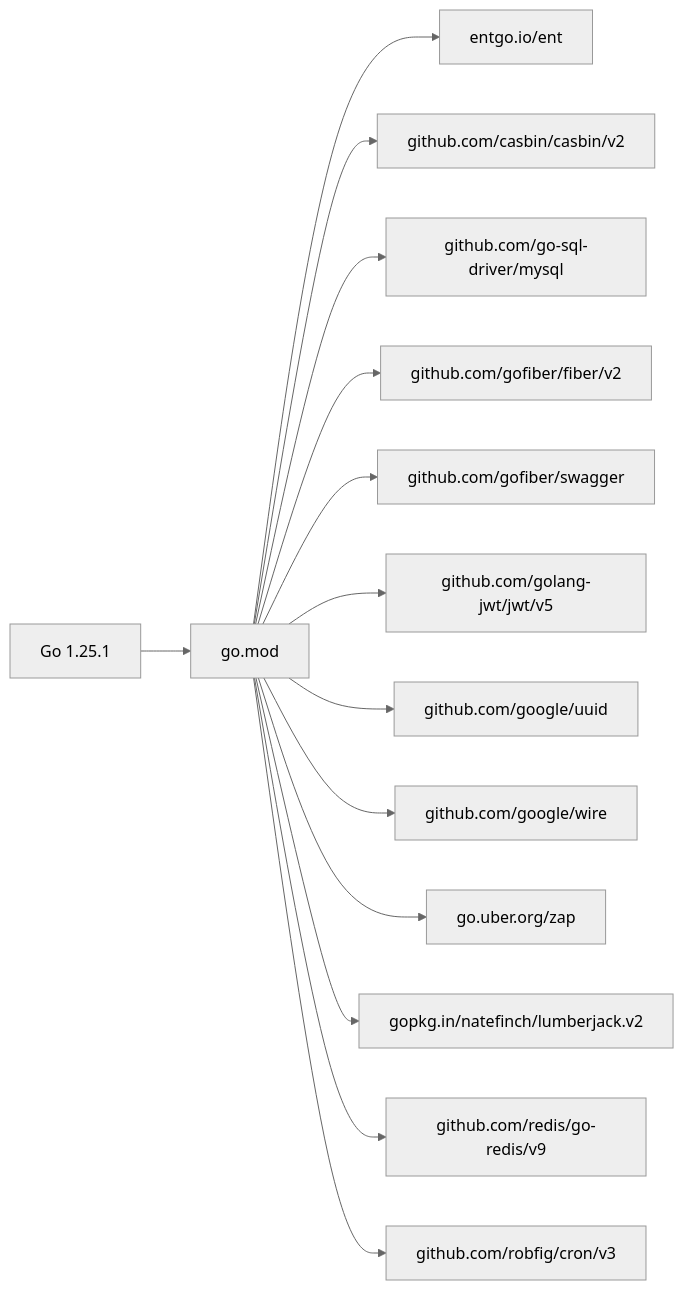
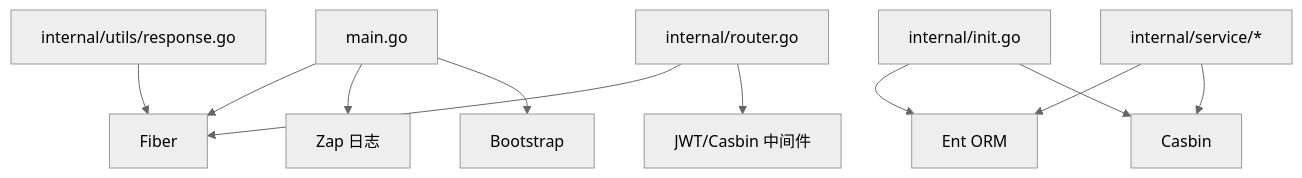
The eighth of 8 diagrams in .qoder/repowiki/zh/content/开发指南/开发指南.md (wuwuseo/e-sports-go-admin), drawn with Mermaid (neutral theme) before and after one commit. The commit also changed other lines of this file and 115 other files, not shown here.

````diff
--- a/.qoder/repowiki/zh/content/开发指南/开发指南.md
+++ b/.qoder/repowiki/zh/content/开发指南/开发指南.md
@@ -285,16 +279,13 @@
 ```mermaid
-graph LR
-GO["Go 1.25.1"] --> MOD["go.mod"]
-MOD --> ENT["entgo.io/ent"]
-MOD --> CASBIN["github.com/casbin/casbin/v2"]
-MOD --> MYSQL["github.com/go-sql-driver/mysql"]
-MOD --> FIBER["github.com/gofiber/fiber/v2"]
-MOD --> SWAGGER["github.com/gofiber/swagger"]
-MOD --> JWT["github.com/golang-jwt/jwt/v5"]
-MOD --> UUID["github.com/google/uuid"]
-MOD --> WIRE["github.com/google/wire"]
-MOD --> ZAP["go.uber.org/zap"]
-MOD --> LUMBER["gopkg.in/natefinch/lumberjack.v2"]
-MOD --> REDIS["github.com/redis/go-redis/v9"]
-MOD --> CRON["github.com/robfig/cron/v3"]
+graph TB
+M["main.go"] --> F["Fiber"]
+M --> Z["Zap 日志"]
+M --> B["Bootstrap"]
+I["internal/init.go"] --> E["Ent ORM"]
+I --> C["Casbin"]
+R["internal/router.go"] --> F
+R --> MW["JWT/Casbin 中间件"]
+S["internal/service/*"] --> E
+S --> C
+U["internal/utils/response.go"] --> F
 ```
````
